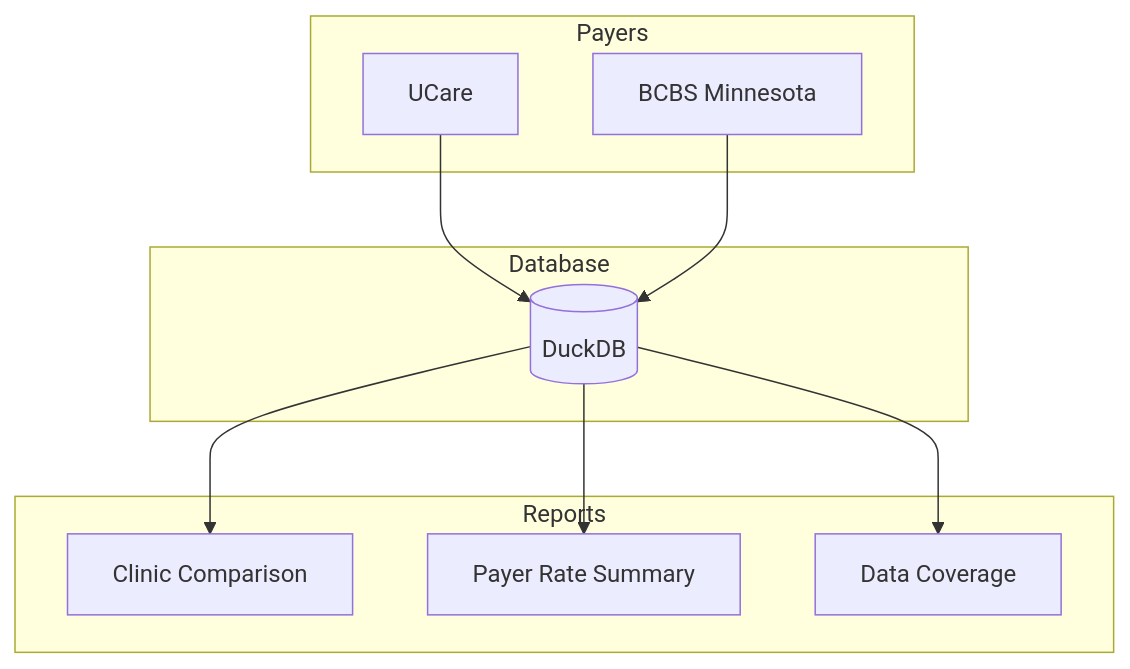
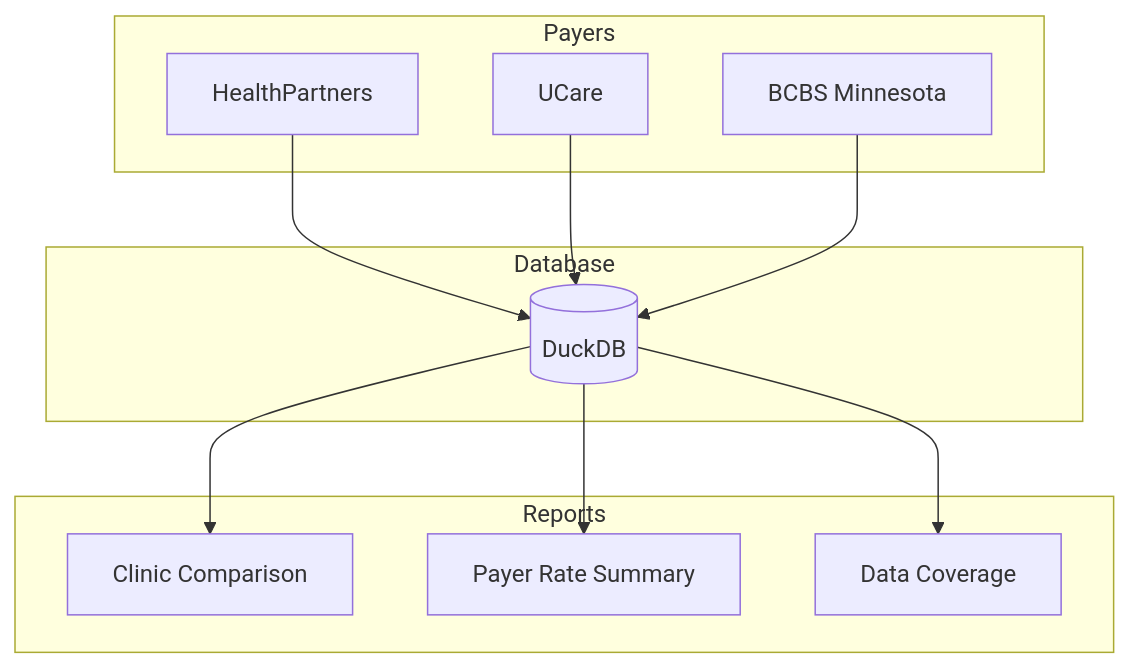
The second of 3 diagrams in README.md (2016judea/Physical-Therapy-Market-Analysis), drawn with Mermaid before and after one commit. The commit also changed other lines of this file and 2 other files, not shown here.

````diff
--- a/README.md
+++ b/README.md
@@ -47,23 +47,25 @@
 ```mermaid
 flowchart TD
     subgraph Payers
+        HP["HealthPartners"]
         UC["UCare"]
         BCBS["BCBS Minnesota"]
     end
     
     subgraph Database
         DB[("DuckDB")]
     end
     
     subgraph Reports
         R1["Clinic Comparison"]
         R2["Payer Rate Summary"]
         R3["Data Coverage"]
     end
     
+    HP --> DB
     UC --> DB
     BCBS --> DB
     DB --> R1
     DB --> R2
     DB --> R3
 ```
````
